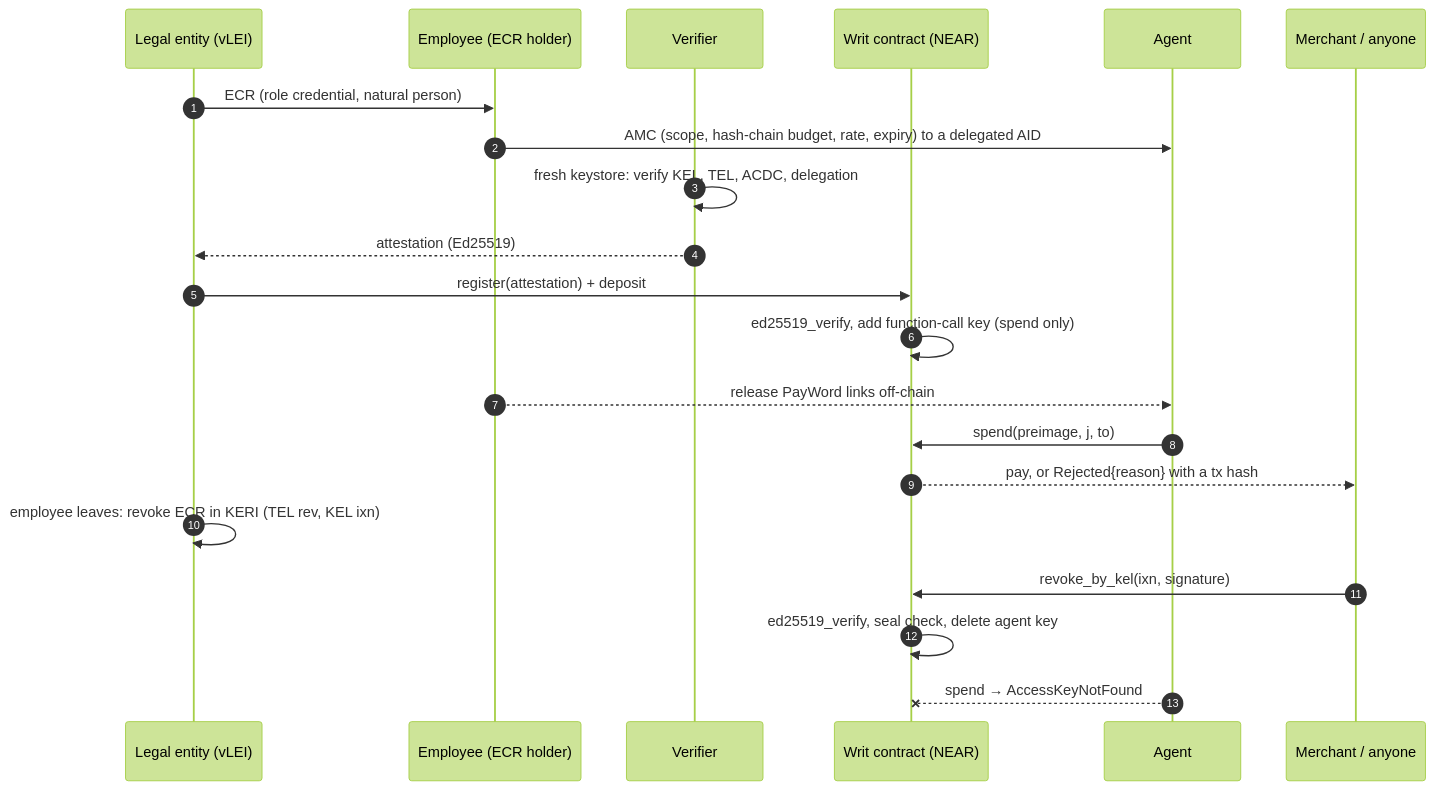
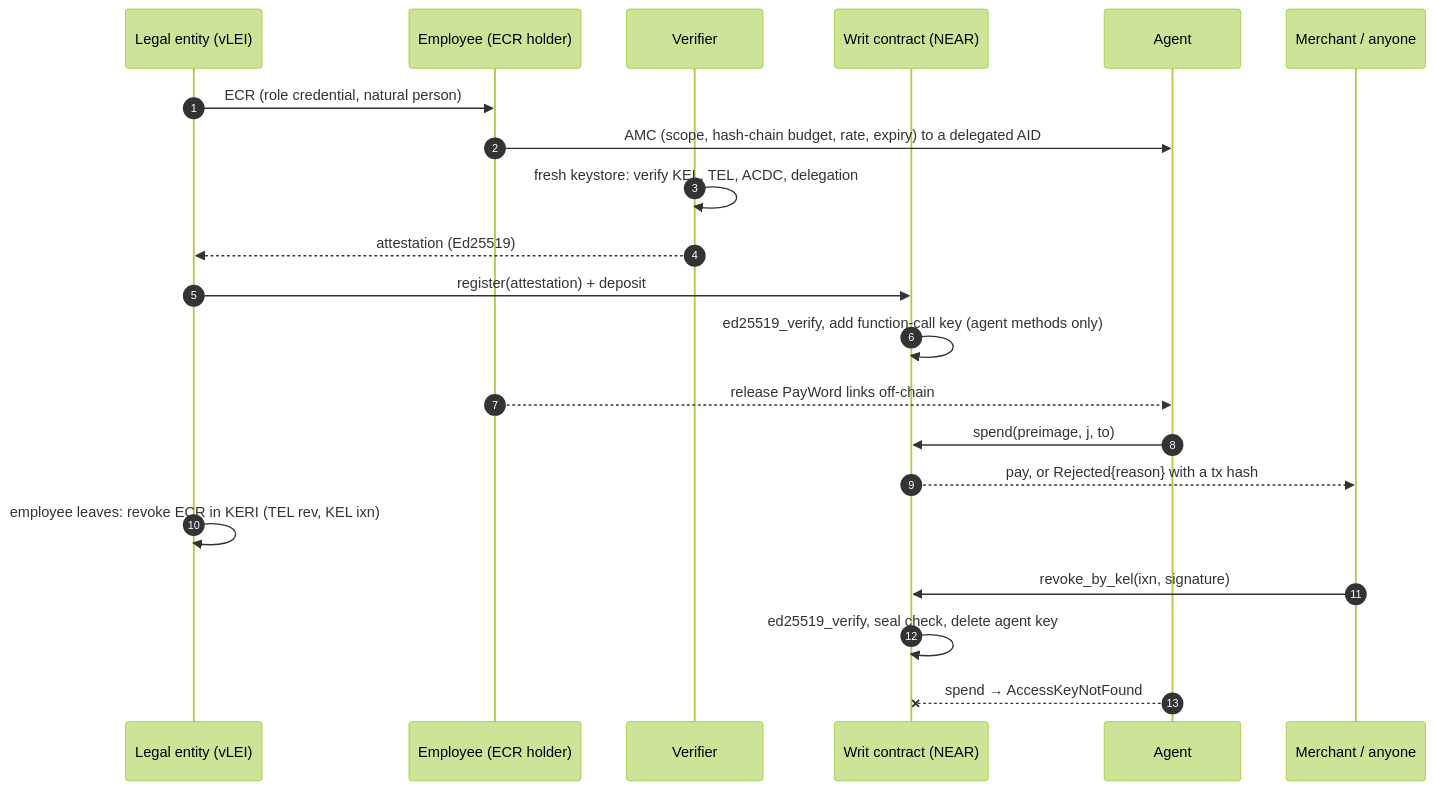
One commit to zuemen/writ changed the second of 2 diagrams in README.md. Above: the diagram before and after it, drawn with Mermaid (forest theme). The commit also changed other lines of this file and 13 other files, not shown here.

````diff
--- a/README.md
+++ b/README.md
@@ -91,23 +126,23 @@
 ```mermaid
 sequenceDiagram
     autonumber
     participant LE as Legal entity (vLEI)
     participant H as Employee (ECR holder)
     participant V as Verifier
     participant W as Writ contract (NEAR)
     participant A as Agent
     participant M as Merchant / anyone
     LE->>H: ECR (role credential, natural person)
     H->>A: AMC (scope, hash-chain budget, rate, expiry) to a delegated AID
     V->>V: fresh keystore: verify KEL, TEL, ACDC, delegation
     V-->>LE: attestation (Ed25519)
     LE->>W: register(attestation) + deposit
-    W->>W: ed25519_verify, add function-call key (spend only)
+    W->>W: ed25519_verify, add function-call key (agent methods only)
     H-->>A: release PayWord links off-chain
     A->>W: spend(preimage, j, to)
     W-->>M: pay, or Rejected{reason} with a tx hash
     LE->>LE: employee leaves: revoke ECR in KERI (TEL rev, KEL ixn)
     M->>W: revoke_by_kel(ixn, signature)
     W->>W: ed25519_verify, seal check, delete agent key
     A--xW: spend → AccessKeyNotFound
 ```
````
